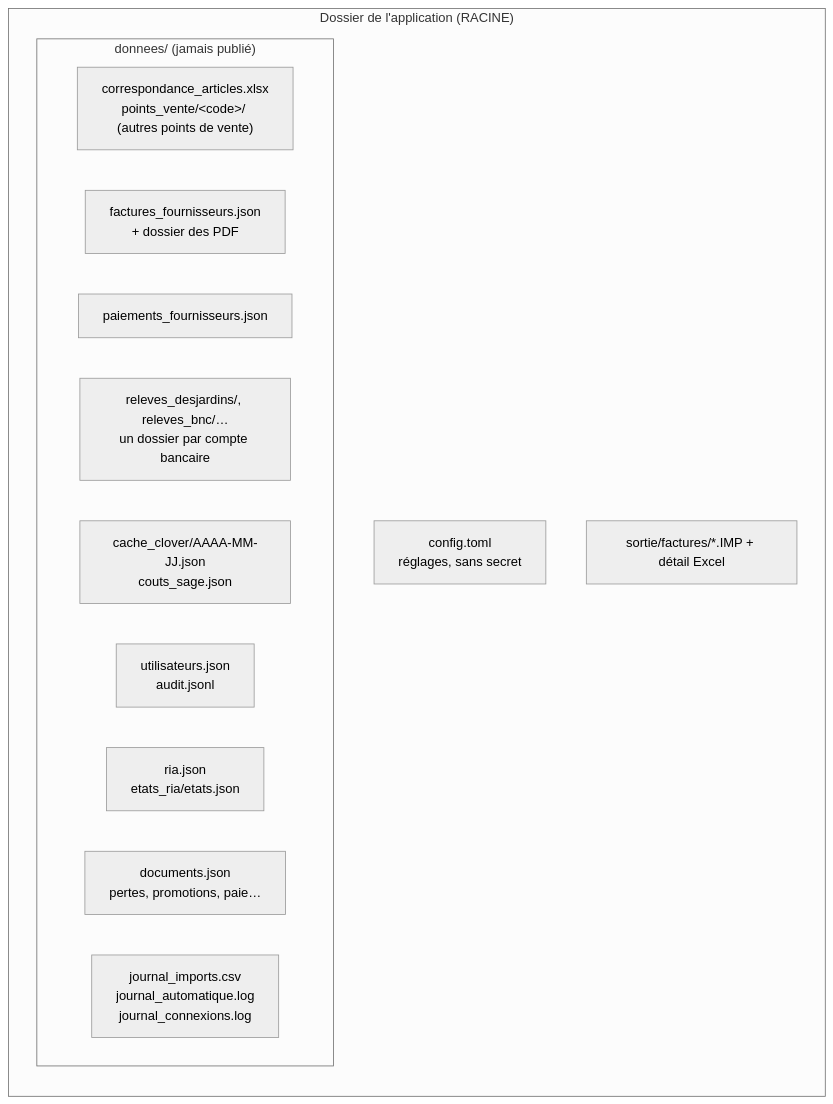
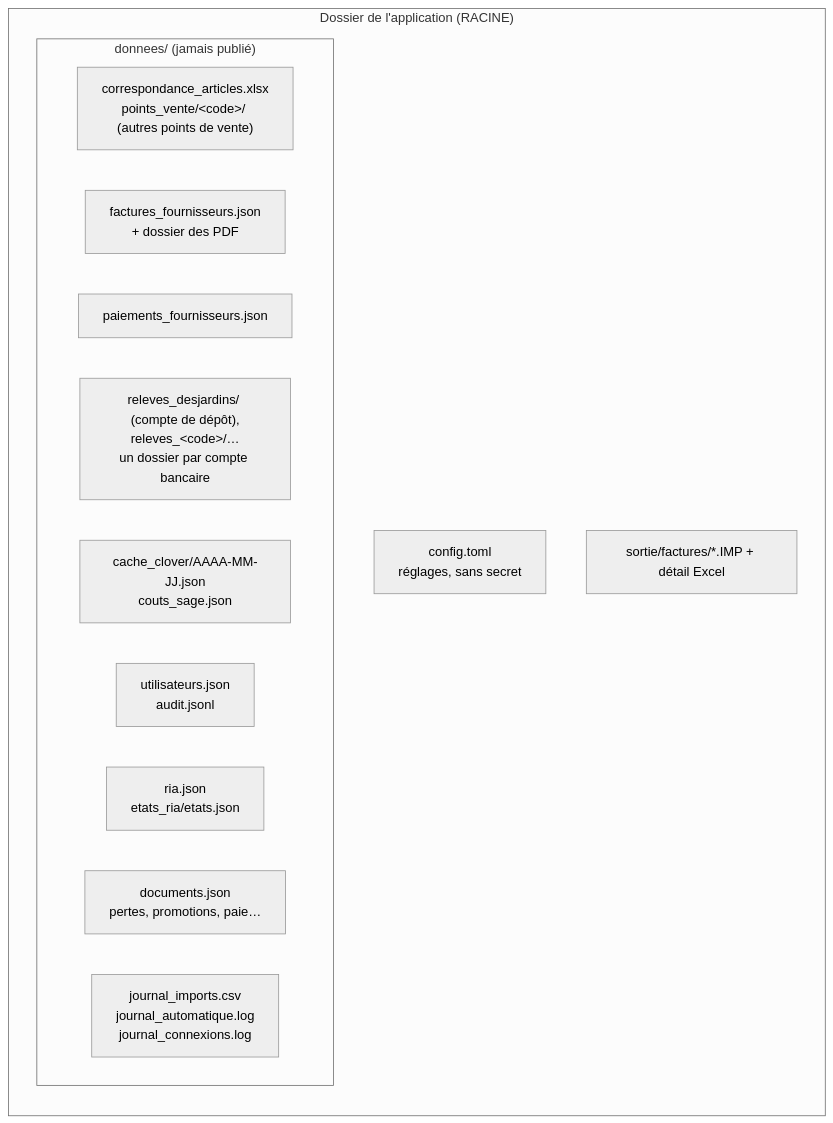
The third of 23 diagrams in ARCHITECTURE.md (mteingueng-dot/MVOGMBI_Sync_2026.1), drawn with Mermaid (neutral theme) before and after one commit. The commit also changed other lines of this file and 41 other files, not shown here.

````diff
--- a/ARCHITECTURE.md
+++ b/ARCHITECTURE.md
@@ -207,18 +208,18 @@
 ```mermaid
 flowchart LR
     subgraph Racine["Dossier de l'application (RACINE)"]
         CFG["config.toml<br/>réglages, sans secret"]
         subgraph donnees["donnees/ (jamais publié)"]
             CORR["correspondance_articles.xlsx<br/>points_vente/&lt;code&gt;/ (autres points de vente)"]
             REGF["factures_fournisseurs.json<br/>+ dossier des PDF"]
             REGP["paiements_fournisseurs.json"]
-            REL["releves_desjardins/, releves_bnc/…<br/>un dossier par compte bancaire"]
+            REL["releves_desjardins/ (compte de dépôt),<br/>releves_&lt;code&gt;/…<br/>un dossier par compte bancaire"]
             CACHE["cache_clover/AAAA-MM-JJ.json<br/>couts_sage.json"]
             USR["utilisateurs.json<br/>audit.jsonl"]
             RIA["ria.json<br/>etats_ria/etats.json"]
             DOCS["documents.json<br/>pertes, promotions, paie…"]
             JRN["journal_imports.csv<br/>journal_automatique.log<br/>journal_connexions.log"]
         end
         SORT["sortie/factures/*.IMP + détail Excel"]
     end
 ```
````
